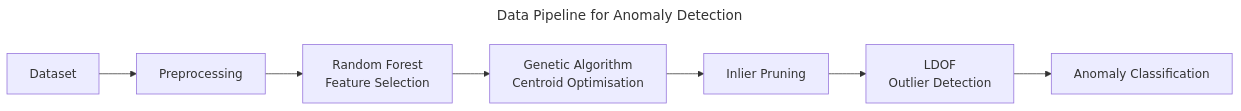
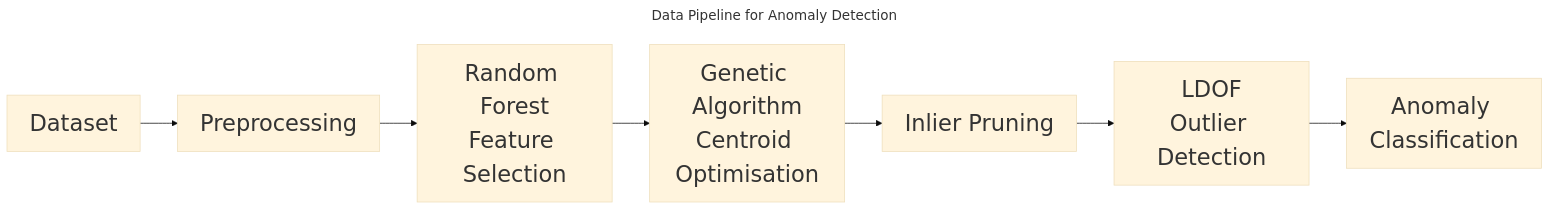
Before and after one commit to Tomnowell/tomnowell.github.io: the diagram in _posts/2026-10-20-Exploring-Machine-Learning-for-Network-Anomaly-Detection.md, drawn with Mermaid. The commit also changed 4 other files, not shown here.

Commit message:
Enlarge text in diagrams

````diff
--- a/_posts/2026-10-20-Exploring-Machine-Learning-for-Network-Anomaly-Detection.md
+++ b/_posts/2026-10-20-Exploring-Machine-Learning-for-Network-Anomaly-Detection.md
@@ -60,13 +60,17 @@
 ```mermaid
 ---
 title: Data Pipeline for Anomaly Detection
+config:
+  theme: base
+  themeVariables: 
+    fontSize: 30px
 ---
 
 flowchart LR;
   A["Dataset"] --> B["Preprocessing"];
   B --> C["Random Forest<br/>Feature Selection"];
   C --> D["Genetic Algorithm<br/>Centroid Optimisation"];
   D --> E["Inlier Pruning"];
   E --> F["LDOF<br/>Outlier Detection"];
   F --> G["Anomaly Classification"];
 ```
````
